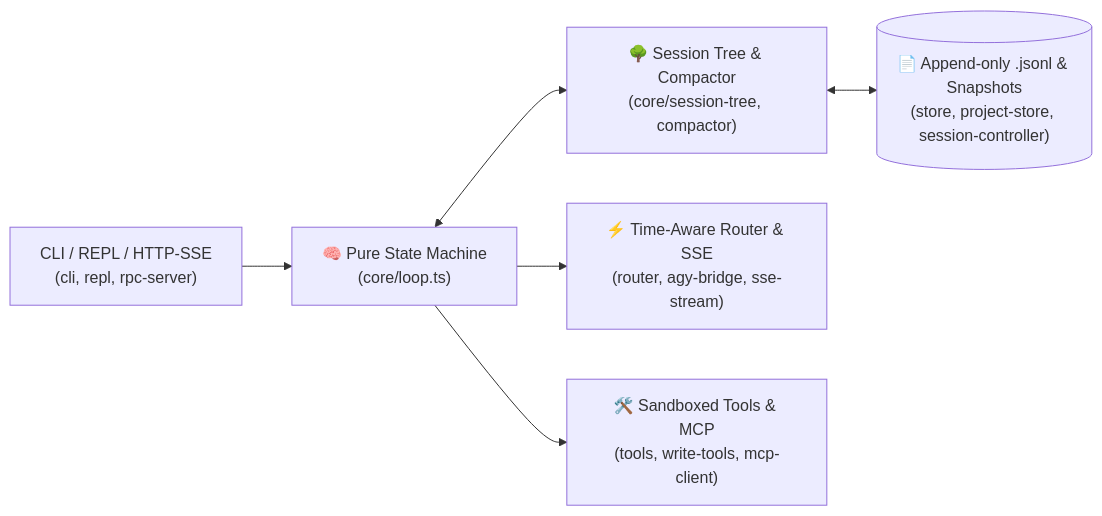
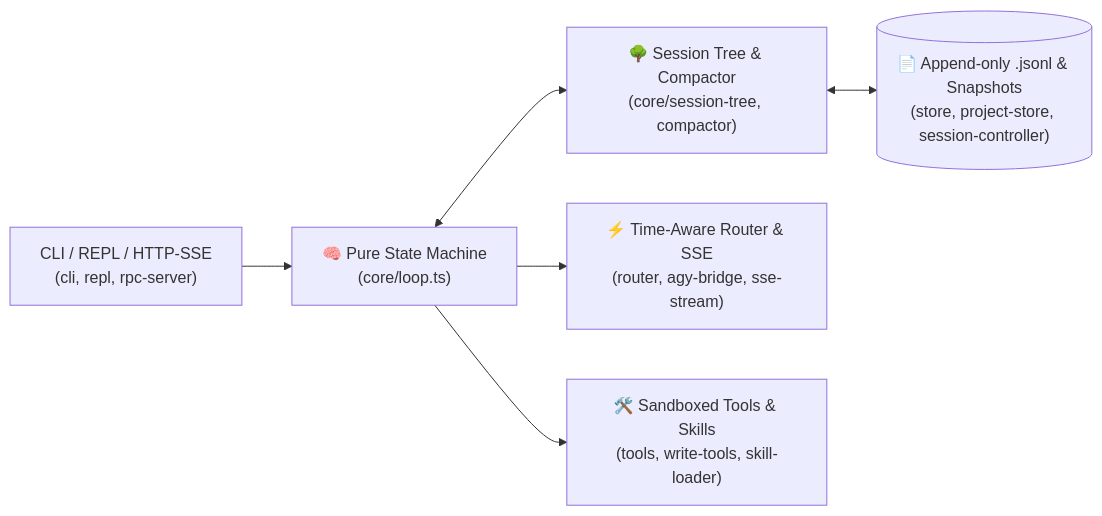
Before and after one commit to gow1080p/duo-harness: the diagram in README.md, drawn with Mermaid. The commit also changed other lines of this file and 29 other files, not shown here.

````diff
--- a/README.md
+++ b/README.md
@@ -62,8 +63,8 @@
 ```mermaid
 flowchart LR
   CLI["CLI / REPL / HTTP-SSE\n(cli, repl, rpc-server)"] --> Loop["🧠 Pure State Machine\n(core/loop.ts)"]
   Loop <--> Tree["🌳 Session Tree & Compactor\n(core/session-tree, compactor)"]
   Loop --> Router["⚡ Time-Aware Router & SSE\n(router, agy-bridge, sse-stream)"]
-  Loop --> Sandbox["🛠️ Sandboxed Tools & MCP\n(tools, write-tools, mcp-client)"]
+  Loop --> Sandbox["🛠️ Sandboxed Tools & Skills\n(tools, write-tools, skill-loader)"]
   Tree <--> Store[("📄 Append-only .jsonl & Snapshots\n(store, project-store, session-controller)")]
 ```
````
